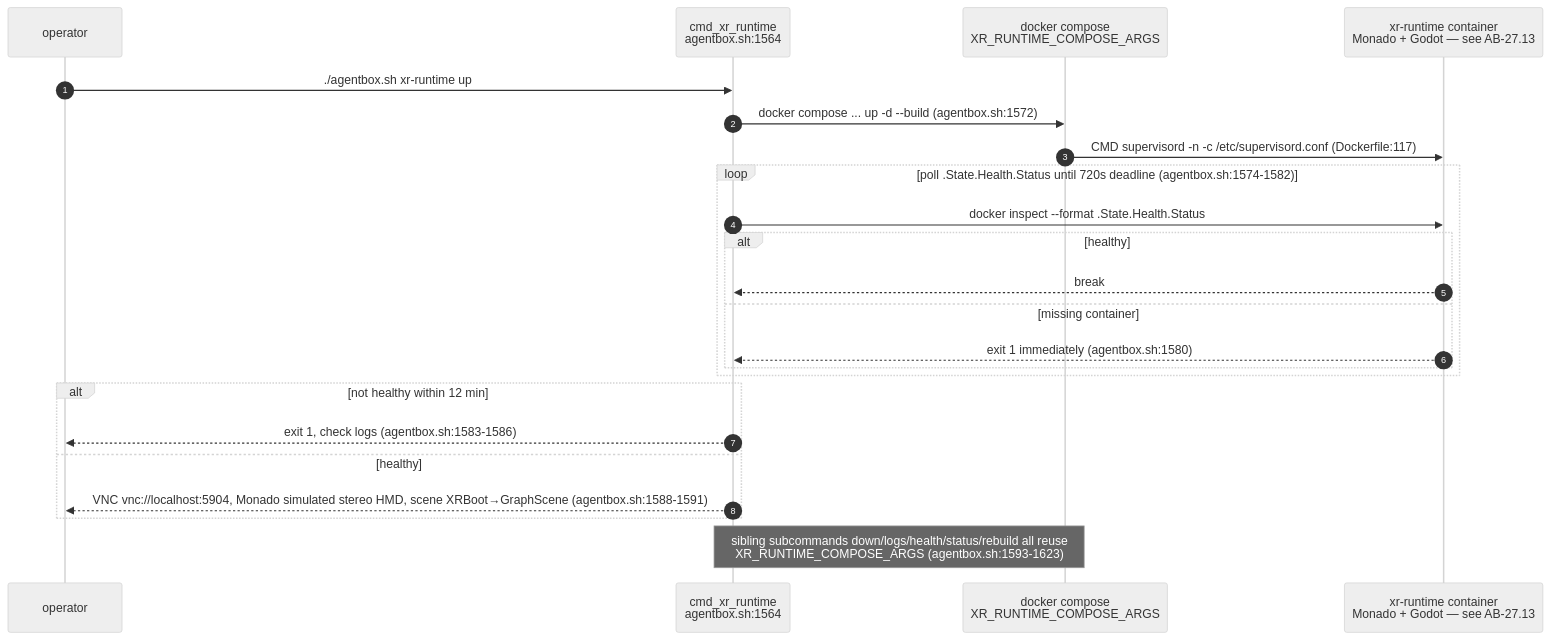
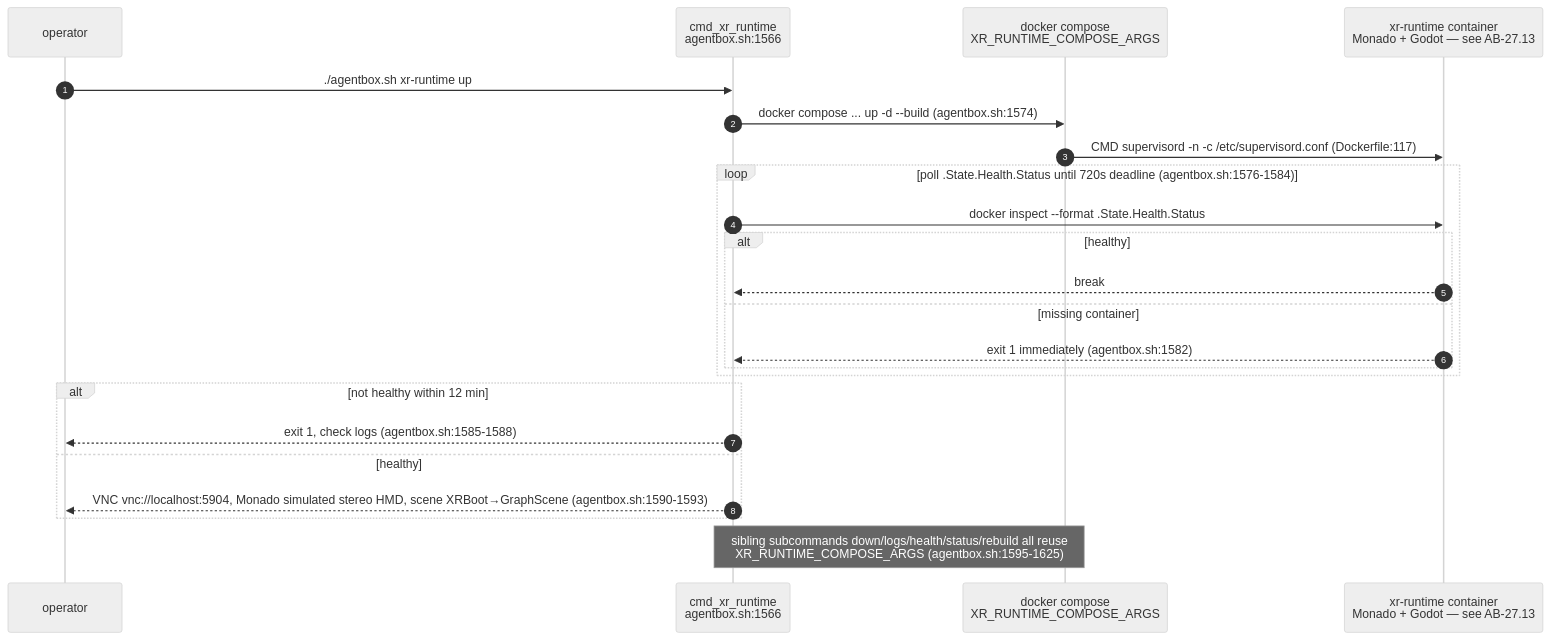
Before and after one commit to DreamLab-AI/VisionFlow: the ninth of 11 diagrams in docs/diagrams/agentbox/06-sidecars-and-compose-overlays.md, drawn with Mermaid (neutral theme). The commit also changed other lines of this file and 94 other files, not shown here.

First line of the commit message:
docs(diagrams): re-verify 130 topics against 2 October HEADs

````diff
--- a/docs/diagrams/agentbox/06-sidecars-and-compose-overlays.md
+++ b/docs/diagrams/agentbox/06-sidecars-and-compose-overlays.md
@@ -254,26 +255,26 @@
 ```mermaid
 sequenceDiagram
     autonumber
     participant OP as operator
-    participant SH as cmd_xr_runtime<br/>agentbox.sh:1564
+    participant SH as cmd_xr_runtime<br/>agentbox.sh:1566
     participant DC as docker compose<br/>XR_RUNTIME_COMPOSE_ARGS
     participant XR as xr-runtime container<br/>Monado + Godot — see AB-27.13
 
     OP->>SH: ./agentbox.sh xr-runtime up
-    SH->>DC: docker compose ... up -d --build (agentbox.sh:1572)
+    SH->>DC: docker compose ... up -d --build (agentbox.sh:1574)
     DC->>XR: CMD supervisord -n -c /etc/supervisord.conf (Dockerfile:117)
-    loop poll .State.Health.Status until 720s deadline (agentbox.sh:1574-1582)
+    loop poll .State.Health.Status until 720s deadline (agentbox.sh:1576-1584)
         SH->>XR: docker inspect --format .State.Health.Status
         alt healthy
             XR-->>SH: break
         else missing container
-            XR-->>SH: exit 1 immediately (agentbox.sh:1580)
+            XR-->>SH: exit 1 immediately (agentbox.sh:1582)
         end
     end
     alt not healthy within 12 min
-        SH-->>OP: exit 1, check logs (agentbox.sh:1583-1586)
+        SH-->>OP: exit 1, check logs (agentbox.sh:1585-1588)
     else healthy
-        SH-->>OP: VNC vnc://localhost:5904, Monado simulated stereo HMD, scene XRBoot→GraphScene (agentbox.sh:1588-1591)
+        SH-->>OP: VNC vnc://localhost:5904, Monado simulated stereo HMD, scene XRBoot→GraphScene (agentbox.sh:1590-1593)
     end
-    Note over SH,DC: sibling subcommands down/logs/health/status/rebuild all reuse<br/>XR_RUNTIME_COMPOSE_ARGS (agentbox.sh:1593-1623)
+    Note over SH,DC: sibling subcommands down/logs/health/status/rebuild all reuse<br/>XR_RUNTIME_COMPOSE_ARGS (agentbox.sh:1595-1625)
 ```
````
